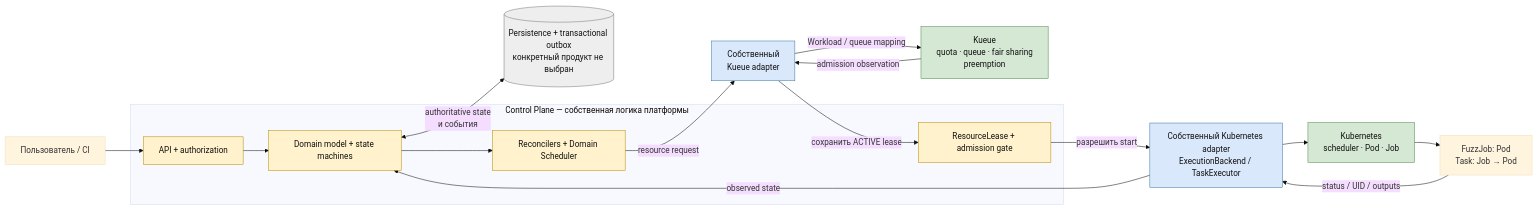
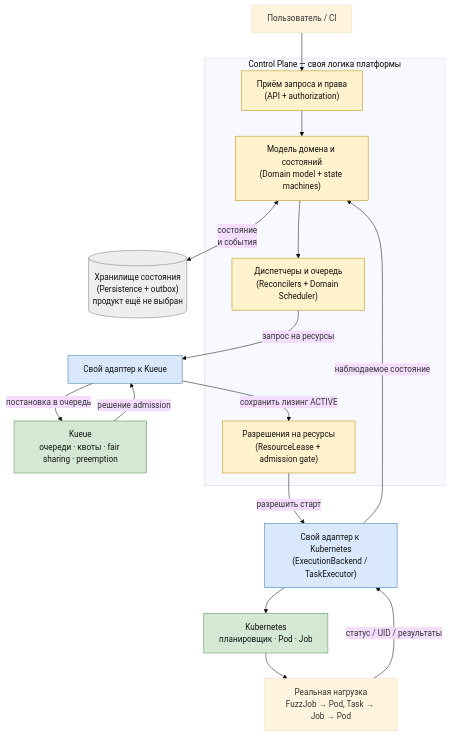
Before and after one commit to Djuckman/distributed-fuzz: the second of 3 diagrams in README.md, drawn with Mermaid (base theme). The commit also changed other lines of this file and 1 other file, not shown here.

Commit message:
Add resourse request mechanics + enchance README

````diff
--- a/README.md
+++ b/README.md
@@ -48,42 +69,42 @@
 ```mermaid
-flowchart LR
+flowchart TD
     client["Пользователь / CI"]
 
-    subgraph cp["Control Plane — собственная логика платформы"]
-        api["API + authorization"]
-        domain["Domain model + state machines"]
-        reconciler["Reconcilers + Domain Scheduler"]
-        lease["ResourceLease + admission gate"]
+    subgraph cp["Control Plane — своя логика платформы"]
+        api["Приём запроса и права<br/>(API + authorization)"]
+        domain["Модель домена и состояний<br/>(Domain model + state machines)"]
+        reconciler["Диспетчеры и очередь<br/>(Reconcilers + Domain Scheduler)"]
+        lease["Разрешения на ресурсы<br/>(ResourceLease + admission gate)"]
     end
 
-    persistence[("Persistence + transactional outbox<br/>конкретный продукт не выбран")]
-    kadapter["Собственный<br/>Kueue adapter"]
-    kueue["Kueue<br/>quota · queue · fair sharing<br/>preemption"]
-    eadapter["Собственный Kubernetes adapter<br/>ExecutionBackend / TaskExecutor"]
-    k8s["Kubernetes<br/>scheduler · Pod · Job"]
-    workload["FuzzJob: Pod<br/>Task: Job → Pod"]
+    persistence[("Хранилище состояния<br/>(Persistence + outbox)<br/>продукт ещё не выбран")]
+    kadapter["Свой адаптер к Kueue"]
+    kueue["Kueue<br/>очереди · квоты · fair sharing · preemption"]
+    eadapter["Свой адаптер к Kubernetes<br/>(ExecutionBackend / TaskExecutor)"]
+    k8s["Kubernetes<br/>планировщик · Pod · Job"]
+    workload["Реальная нагрузка<br/>FuzzJob → Pod, Task → Job → Pod"]
 
     client --> api
     api --> domain
-    domain <-->|"authoritative state<br/>и события"| persistence
+    domain <-->|"состояние<br/>и события"| persistence
     domain --> reconciler
-    reconciler -->|"resource request"| kadapter
-    kadapter -->|"Workload / queue mapping"| kueue
-    kueue -->|"admission observation"| kadapter
-    kadapter -->|"сохранить ACTIVE lease"| lease
-    lease -->|"разрешить start"| eadapter
+    reconciler -->|"запрос на ресурсы"| kadapter
+    kadapter -->|"постановка в очередь"| kueue
+    kueue -->|"решение admission"| kadapter
+    kadapter -->|"сохранить лизинг ACTIVE"| lease
+    lease -->|"разрешить старт"| eadapter
     eadapter --> k8s
     k8s --> workload
-    workload -->|"status / UID / outputs"| eadapter
-    eadapter -->|"observed state"| domain
+    workload -->|"статус / UID / результаты"| eadapter
+    eadapter -->|"наблюдаемое состояние"| domain
 
     class api,domain,reconciler,lease custom;
     class kadapter,eadapter adapter;
     class kueue,k8s ready;
     class persistence open;
 
     classDef custom fill:#fff2cc,stroke:#b58b00,color:#111;
     classDef adapter fill:#dae8fc,stroke:#3975a6,color:#111;
     classDef ready fill:#d5e8d4,stroke:#4f8a4f,color:#111;
     classDef open fill:#eeeeee,stroke:#777,color:#111;
 ```
````
